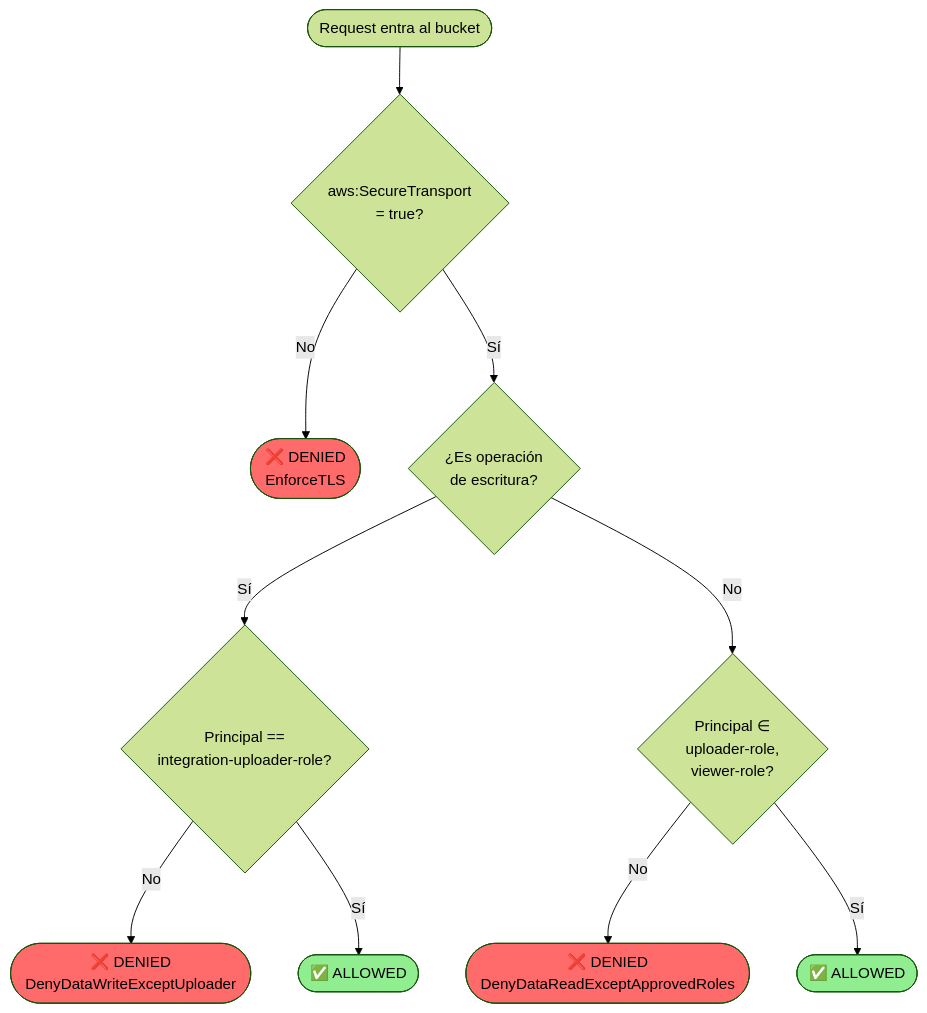
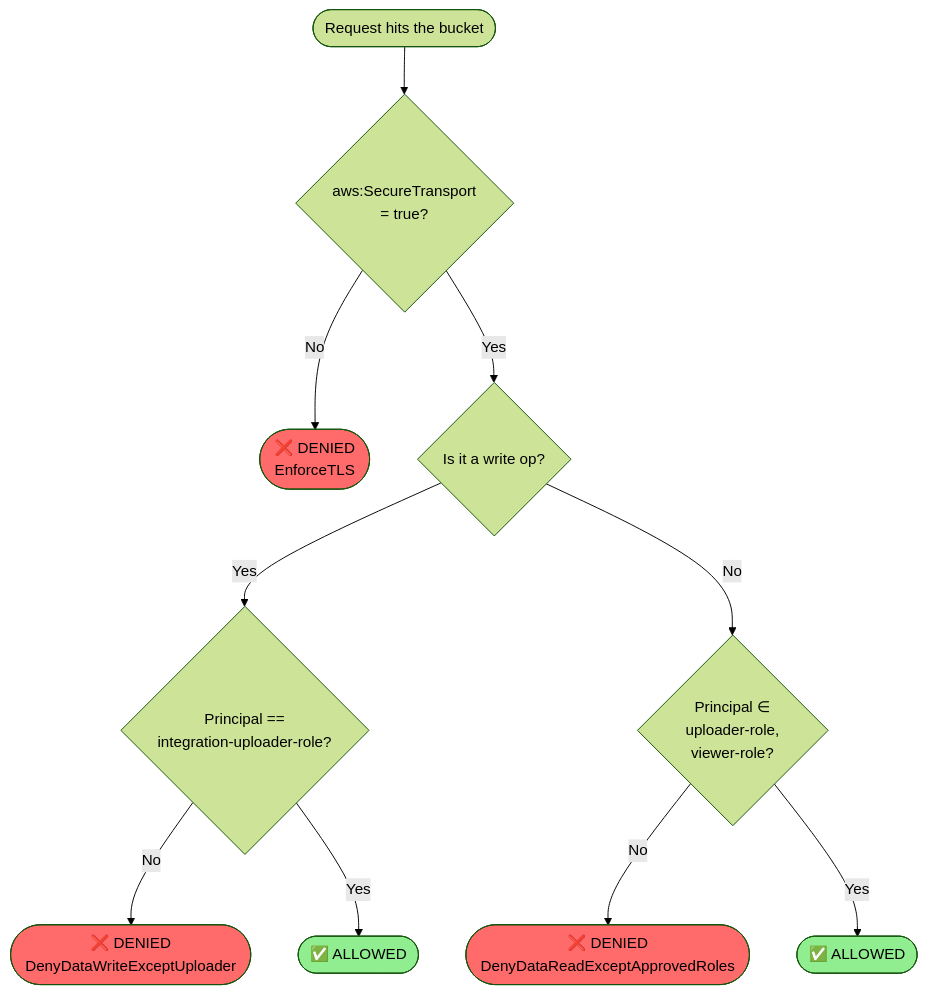
The second of 5 diagrams in README.md (jorgetrad99/s3-crud-verato-test1), drawn with Mermaid (forest theme) before and after one commit. The commit also changed other lines of this file and 1 other file, not shown here.

````diff
--- a/README.md
+++ b/README.md
@@ -221,18 +225,18 @@
 ```mermaid
 flowchart TD
-    REQ([Request entra al bucket]) --> TLS{aws:SecureTransport<br/>= true?}
+    REQ([Request hits the bucket]) --> TLS{aws:SecureTransport<br/>= true?}
     TLS -->|No| DENY1([❌ DENIED<br/>EnforceTLS])
-    TLS -->|Sí| METHOD{¿Es operación<br/>de escritura?}
-    METHOD -->|Sí| WRITE{Principal ==<br/>integration-uploader-role?}
+    TLS -->|Yes| METHOD{Is it a write op?}
+    METHOD -->|Yes| WRITE{Principal ==<br/>integration-uploader-role?}
     WRITE -->|No| DENY2([❌ DENIED<br/>DenyDataWriteExceptUploader])
-    WRITE -->|Sí| ALLOW1([✅ ALLOWED])
+    WRITE -->|Yes| ALLOW1([✅ ALLOWED])
     METHOD -->|No| READ{Principal ∈<br/>uploader-role,<br/>viewer-role?}
     READ -->|No| DENY3([❌ DENIED<br/>DenyDataReadExceptApprovedRoles])
-    READ -->|Sí| ALLOW2([✅ ALLOWED])
+    READ -->|Yes| ALLOW2([✅ ALLOWED])
 
     style DENY1 fill:#FF6B6B,color:#000
     style DENY2 fill:#FF6B6B,color:#000
     style DENY3 fill:#FF6B6B,color:#000
     style ALLOW1 fill:#90EE90,color:#000
     style ALLOW2 fill:#90EE90,color:#000
 ```
````
